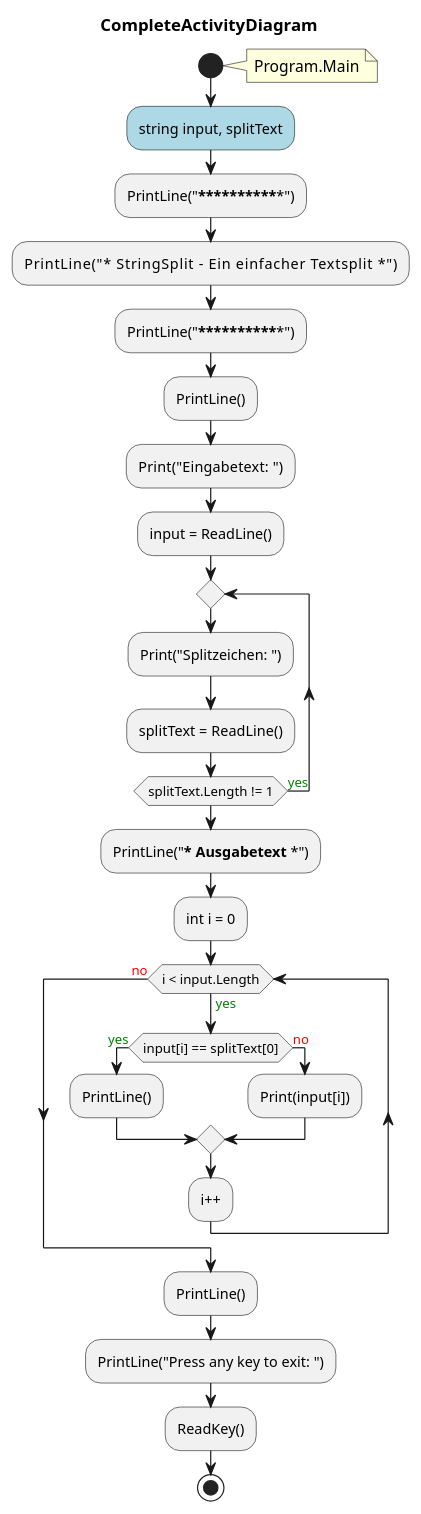
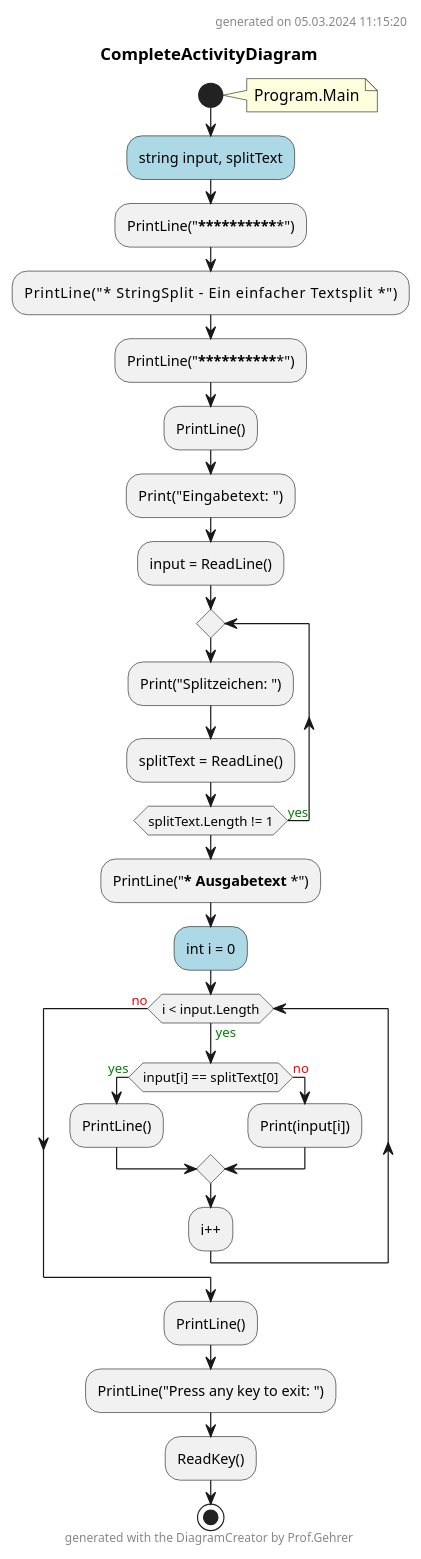
Before and after one commit to leoggehrer/2324-34_ABIF_ACIF_POSE: the diagram in StringSplit.ConApp/Diagrams/CompleteActivityDiagram.puml, drawn with PlantUML. The commit also changed 147 other files, not shown here.

Commit message:
Added diagrams.

```diff
--- a/StringSplit.ConApp/Diagrams/CompleteActivityDiagram.puml
+++ b/StringSplit.ConApp/Diagrams/CompleteActivityDiagram.puml
@@ -1,30 +1,39 @@
 @startuml CompleteActivityDiagram
+header
+generated on 05.03.2024 11:15:20
+end header
 title CompleteActivityDiagram
 start
 note right:  Program.Main
 #LightBlue:string input, splitText;
 :PrintLine("***************************************************");
 :PrintLine("* StringSplit - Ein einfacher Textsplit           *");
 :PrintLine("***************************************************");
 :PrintLine();
 :Print("Eingabetext:  ");
 :input = ReadLine();
 repeat
     :Print("Splitzeichen: ");
     :splitText = ReadLine();
 repeat while (splitText.Length != 1) is (<color:green>yes)
 :PrintLine("*** Ausgabetext ***");
-:int i = 0;
+#LightBlue:int i = 0;
 while (i < input.Length) is (<color:green>yes)
     if (input[i] == splitText[0]) then (<color:green>yes)
         :PrintLine();
       else (<color:red>no)
           :Print(input[i]);
     endif
 :i++;
 endwhile (<color:red>no)
 :PrintLine();
 :PrintLine("Press any key to exit: ");
 :ReadKey();
+footer
+generated with the DiagramCreator by Prof.Gehrer
+end footer
 stop
+footer
+generated with the DiagramCreator by Prof.Gehrer
+end footer
 @enduml
```
